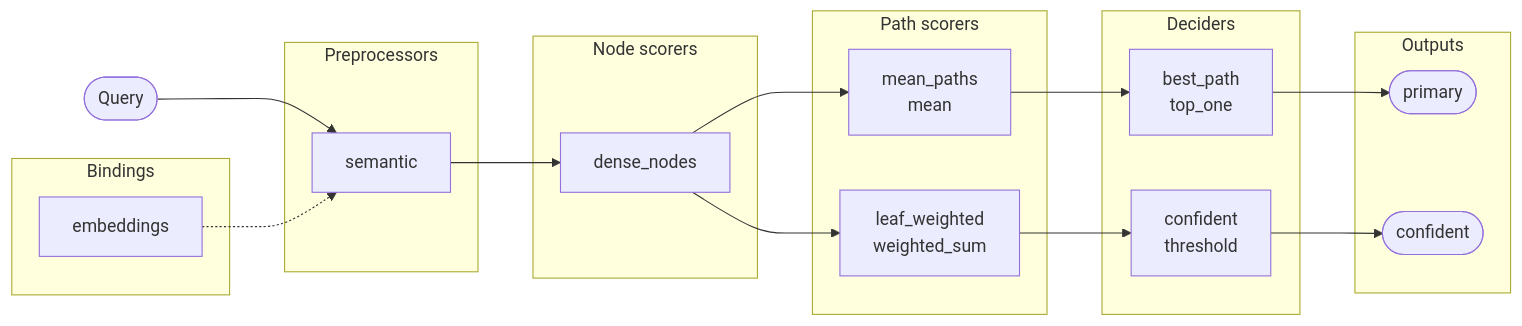
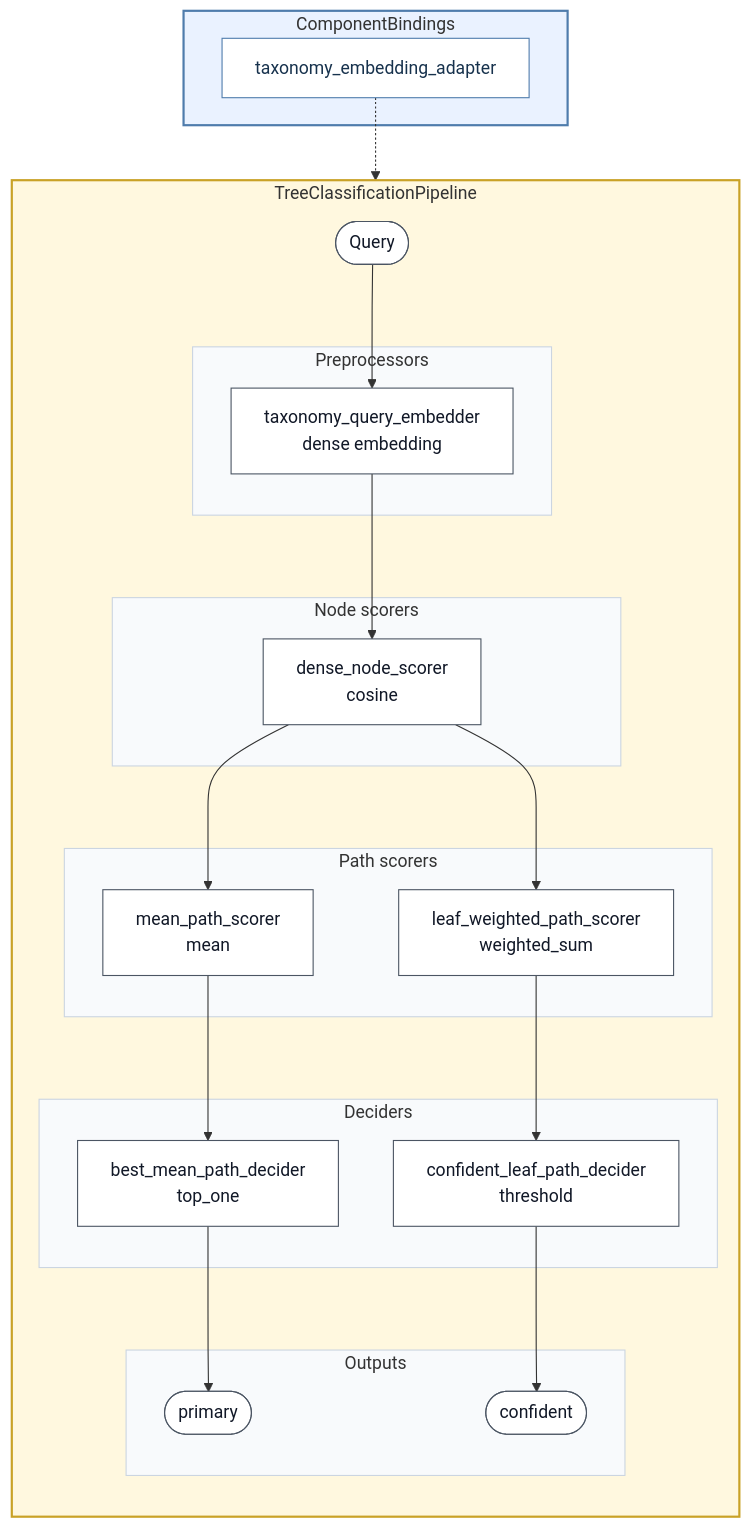
One commit to cristiangofiar/Chunkbuster changed the fourth of 6 diagrams in EXAMPLES.md. Above: the diagram before and after it, drawn with Mermaid. The commit also changed other lines of this file and 12 other files, not shown here.

First line of the commit message:
Add SVG diagram for vector ensemble with LLM and script to render documentation diagrams from YAML examples

````diff
--- a/EXAMPLES.md
+++ b/EXAMPLES.md
@@ -417,36 +528,45 @@
 ```mermaid
-flowchart LR
-    query([Query])
-
-    subgraph preprocessors[Preprocessors]
-        semantic[semantic]
+flowchart TB
+    subgraph pipeline["TreeClassificationPipeline"]
+        direction TB
+        query([Query])
+        subgraph preprocessors[Preprocessors]
+            taxonomy_query_embedder["taxonomy_query_embedder<br/>dense embedding"]
+        end
+        subgraph node_scorers[Node scorers]
+            dense_node_scorer["dense_node_scorer<br/>cosine"]
+        end
+        subgraph path_scorers[Path scorers]
+            mean_path_scorer["mean_path_scorer<br/>mean"]
+            leaf_weighted_path_scorer["leaf_weighted_path_scorer<br/>weighted_sum"]
+        end
+        subgraph deciders[Deciders]
+            best_mean_path_decider["best_mean_path_decider<br/>top_one"]
+            confident_leaf_path_decider["confident_leaf_path_decider<br/>threshold"]
+        end
+        subgraph outputs[Outputs]
+            primary([primary])
+            confident([confident])
+        end
+        query --> taxonomy_query_embedder --> dense_node_scorer
+        dense_node_scorer --> mean_path_scorer --> best_mean_path_decider --> primary
+        dense_node_scorer --> leaf_weighted_path_scorer --> confident_leaf_path_decider --> confident
     end
 
-    subgraph node_scorers[Node scorers]
-        dense_nodes[dense_nodes]
+    subgraph bindings["ComponentBindings"]
+        taxonomy_embedding_adapter[taxonomy_embedding_adapter]
     end
+    taxonomy_embedding_adapter -.-> taxonomy_query_embedder
 
-    subgraph path_scorers[Path scorers]
-        mean_paths["mean_paths<br/>mean"]
-        leaf_weighted["leaf_weighted<br/>weighted_sum"]
-    end
-
-    subgraph deciders[Deciders]
-        best_path["best_path<br/>top_one"]
-        confident["confident<br/>threshold"]
-    end
-
-    subgraph outputs[Outputs]
-        primary([primary])
-        confident_output([confident])
-    end
-
-    subgraph bindings[Bindings]
-        embeddings[embeddings]
-    end
-
-    query --> semantic --> dense_nodes
-    dense_nodes --> mean_paths --> best_path --> primary
-    dense_nodes --> leaf_weighted --> confident --> confident_output
-    embeddings -.-> semantic
+    classDef node fill:#ffffff,stroke:#4b5563,color:#111827
+    classDef adapter fill:#ffffff,stroke:#4f7cac,color:#17324d
+    class query,taxonomy_query_embedder,dense_node_scorer,mean_path_scorer,leaf_weighted_path_scorer,best_mean_path_decider,confident_leaf_path_decider,primary,confident node
+    class taxonomy_embedding_adapter adapter
+    style pipeline fill:#fff8df,stroke:#c9a227,stroke-width:2px
+    style bindings fill:#eaf2ff,stroke:#4f7cac,stroke-width:2px
+    style preprocessors fill:#f8fafc,stroke:#cbd5e1
+    style node_scorers fill:#f8fafc,stroke:#cbd5e1
+    style path_scorers fill:#f8fafc,stroke:#cbd5e1
+    style deciders fill:#f8fafc,stroke:#cbd5e1
+    style outputs fill:#f8fafc,stroke:#cbd5e1
 ```
````
